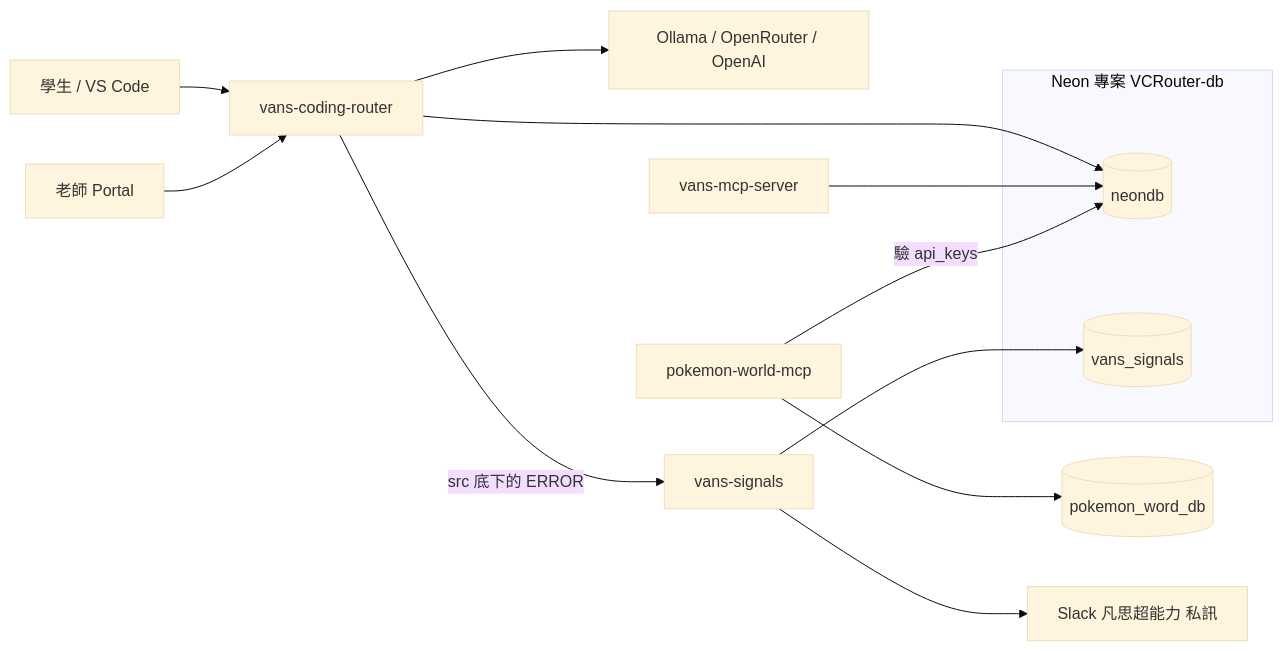
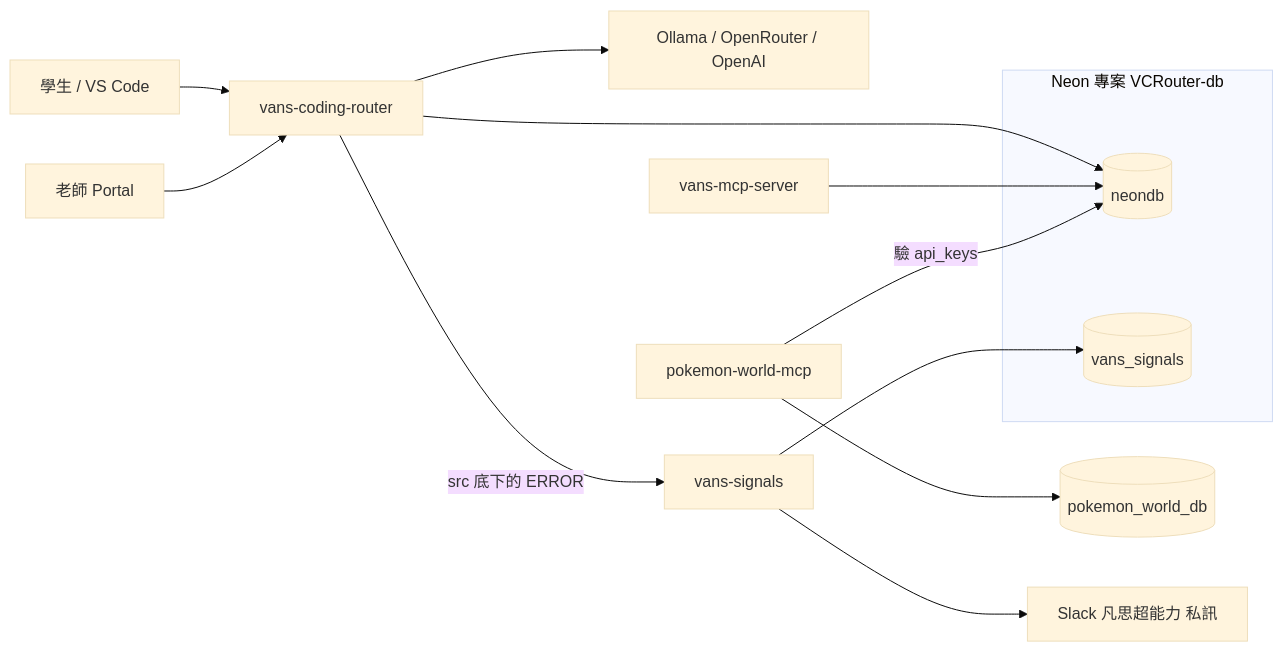
Before and after one commit to mz038197/vans_coding_router: the first of 2 diagrams in docs/system-map.md, drawn with Mermaid (base theme). The commit also changed other lines of this file and 4 other files, not shown here.

````diff
--- a/docs/system-map.md
+++ b/docs/system-map.md
@@ -9,19 +11,19 @@
 ```mermaid
 flowchart LR
   student[學生 / VS Code] --> router[vans-coding-router]
   teacher[老師 Portal] --> router
   router --> upstream[Ollama / OpenRouter / OpenAI]
   router --> neondb[(neondb)]
   mcp[vans-mcp-server] --> neondb
   poke[pokemon-world-mcp] -->|驗 api_keys| neondb
-  poke --> pokedb[(pokemon_word_db)]
+  poke --> pokedb[(pokemon_world_db)]
 
   router -->|src 底下的 ERROR| signals[vans-signals]
   signals --> sigdb[(vans_signals)]
   signals --> slack[Slack 凡思超能力 私訊]
 
   subgraph neon [Neon 專案 VCRouter-db]
     neondb
     sigdb
   end
 ```
````
